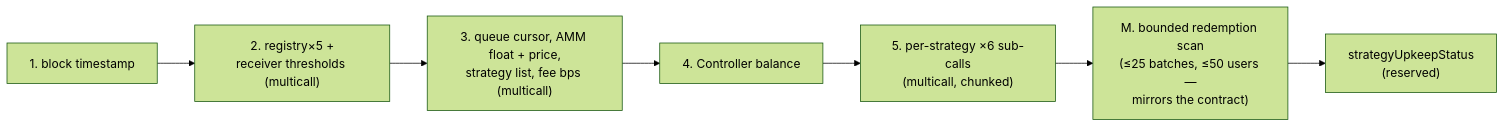
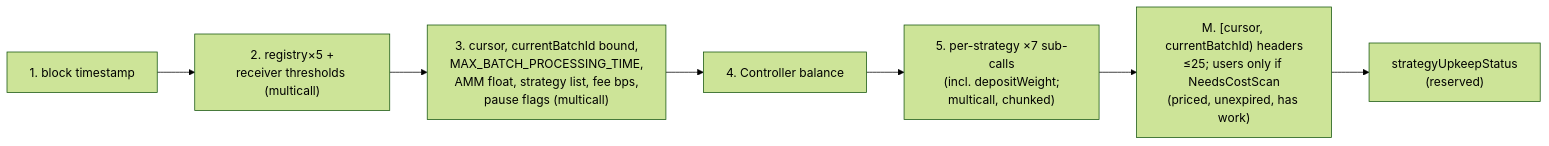
The third of 3 diagrams in blueprints/05-read-budget.md (everstrat-xyz/keepers), drawn with Mermaid (forest theme) before and after one commit. The commit also changed other lines of this file and 16 other files, not shown here.

Commit message:
fix: w1 batch candidate selection + w2 ETH needs scan

````diff
--- a/blueprints/05-read-budget.md
+++ b/blueprints/05-read-budget.md
@@ -59,9 +63,9 @@
 ```mermaid
 flowchart LR
     S1["1. block timestamp"] --> S2["2. registry×5 +<br/>receiver thresholds (multicall)"]
-    S2 --> S3["3. queue cursor, AMM float + price,<br/>strategy list, fee bps (multicall)"]
+    S2 --> S3["3. cursor, currentBatchId bound,<br/>MAX_BATCH_PROCESSING_TIME,<br/>AMM float, strategy list, fee bps,<br/>pause flags (multicall)"]
     S3 --> S4["4. Controller balance"]
-    S4 --> S5["5. per-strategy ×6 sub-calls<br/>(multicall, chunked)"]
-    S5 --> S6["M. bounded redemption scan<br/>(≤25 batches, ≤50 users —<br/>mirrors the contract)"]
+    S4 --> S5["5. per-strategy ×7 sub-calls<br/>(incl. depositWeight;<br/>multicall, chunked)"]
+    S5 --> S6["M. [cursor, currentBatchId) headers<br/>≤25; users only if NeedsCostScan<br/>(priced, unexpired, has work)"]
     S6 --> S7["strategyUpkeepStatus<br/>(reserved)"]
 ```
````
